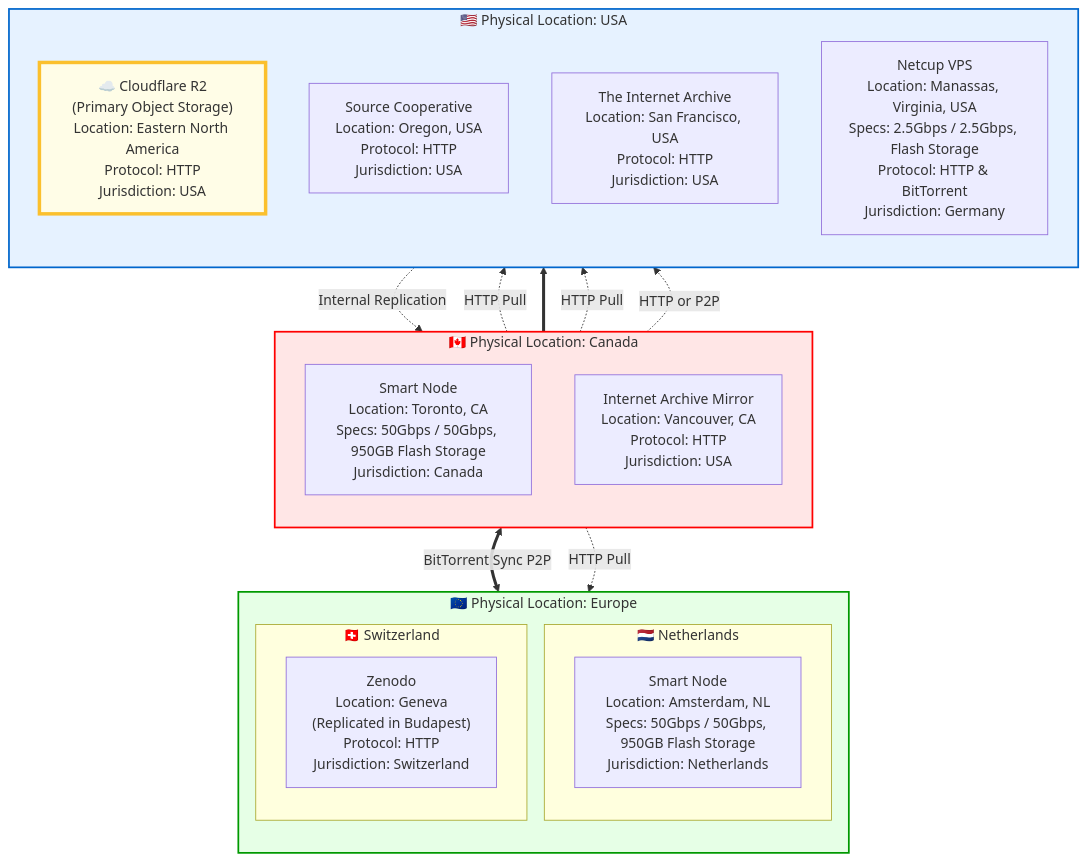
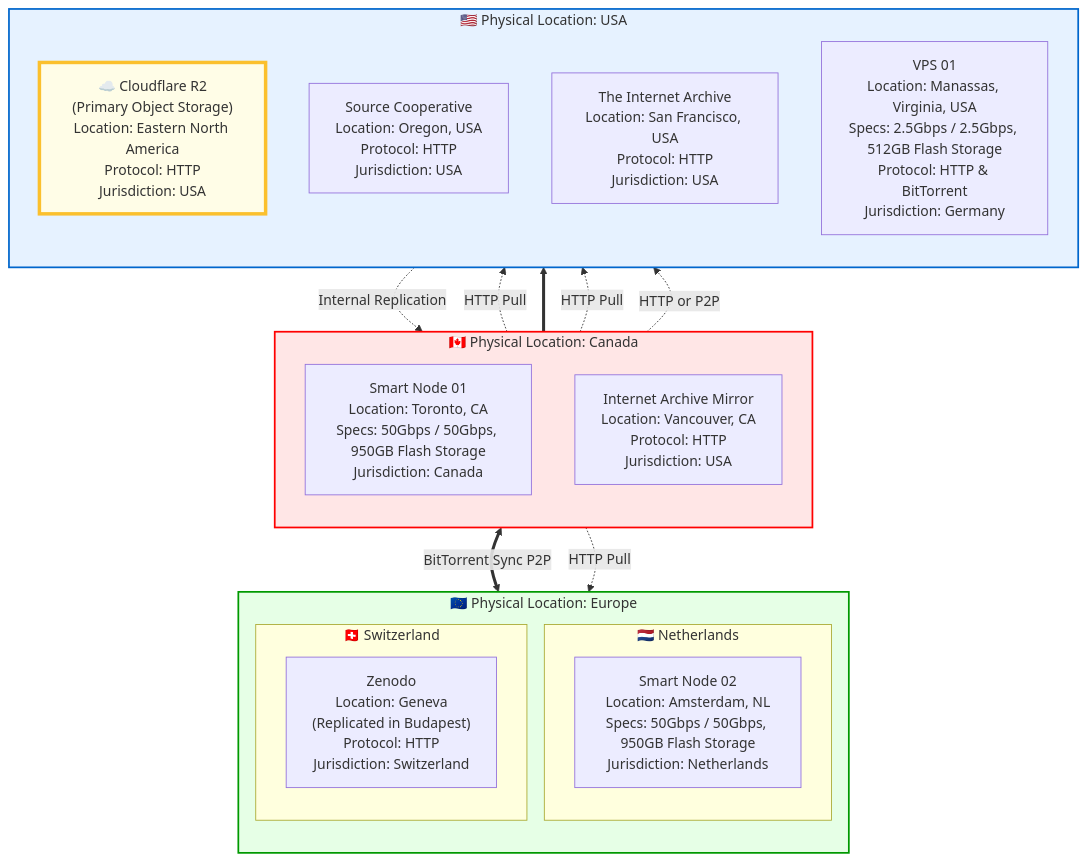
Before and after one commit to dataforcanada/www.dataforcanada.org: the diagram in content/infrastructure/_index.md, drawn with Mermaid. The commit also changed other lines of this file, not shown here.

Commit message:
Make infrastructure high-level overview and operating costs easier to interpret

```diff
--- a/content/infrastructure/_index.md
+++ b/content/infrastructure/_index.md
@@ -23,7 +23,7 @@
     %% ---------------------------------------------------------
     subgraph Canada_Region ["🇨🇦 Physical Location: Canada"]
         direction TB
-        NodeTO["Smart Node
+        NodeTO["Smart Node 01
 Location: Toronto, CA
 Specs: 50Gbps / 50Gbps, 950GB Flash Storage
 Jurisdiction: Canada"]
@@ -55,9 +55,9 @@
 Protocol: HTTP
 Jurisdiction: USA"]
         
-        Netcup["Netcup VPS
+        Netcup["VPS 01
 Location: Manassas, Virginia, USA
-Specs: 2.5Gbps / 2.5Gbps, Flash Storage
+Specs: 2.5Gbps / 2.5Gbps, 512GB Flash Storage
 Protocol: HTTP & BitTorrent
 Jurisdiction: Germany"]
     end
@@ -68,7 +68,7 @@
     subgraph Europe_Region ["🇪🇺 Physical Location: Europe"]
         direction TB
         subgraph Netherlands ["🇳🇱 Netherlands"]
-            NodeAMS["Smart Node
+            NodeAMS["Smart Node 02
 Location: Amsterdam, NL
 Specs: 50Gbps / 50Gbps, 950GB Flash Storage
 Jurisdiction: Netherlands"]
```
